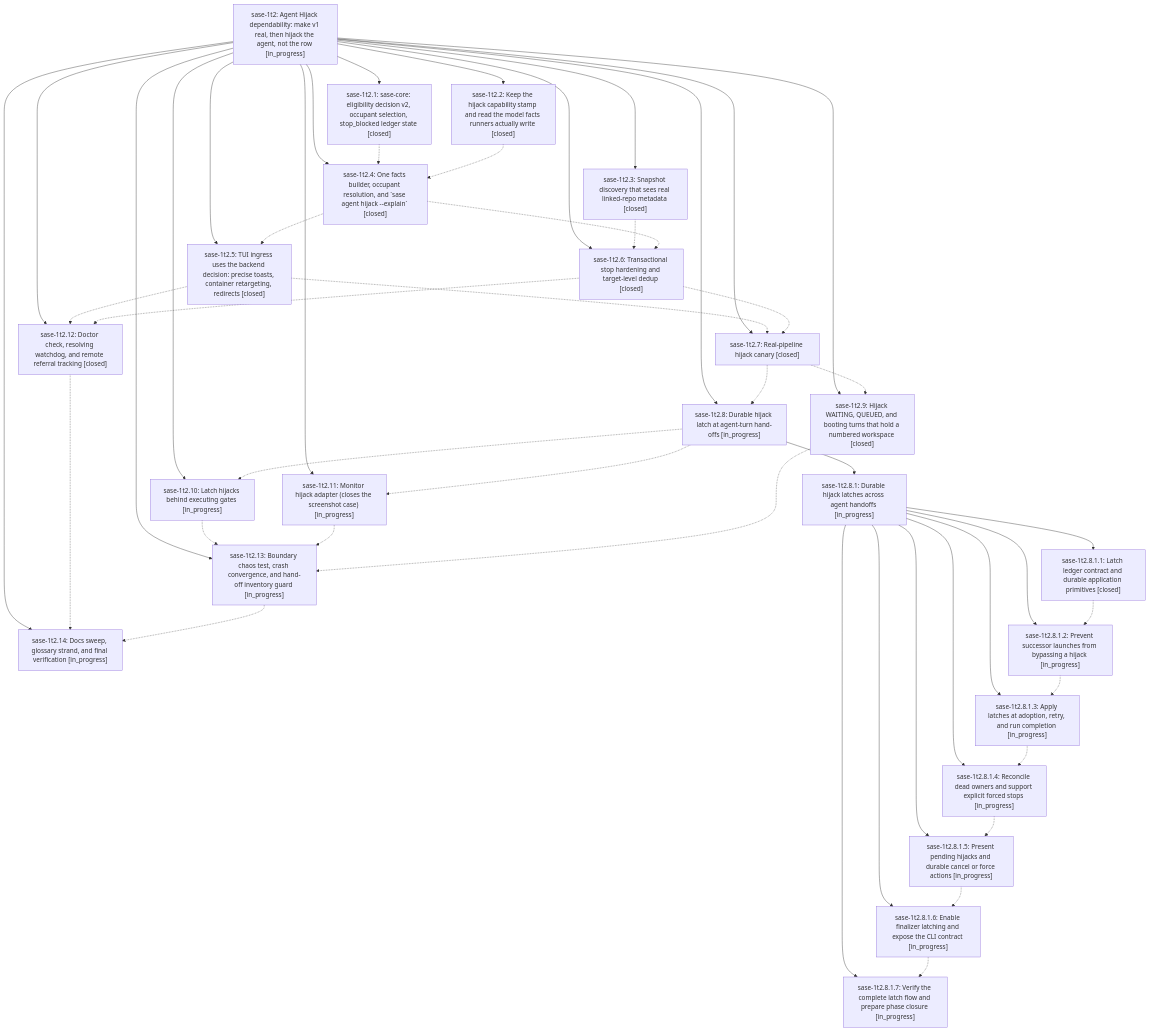
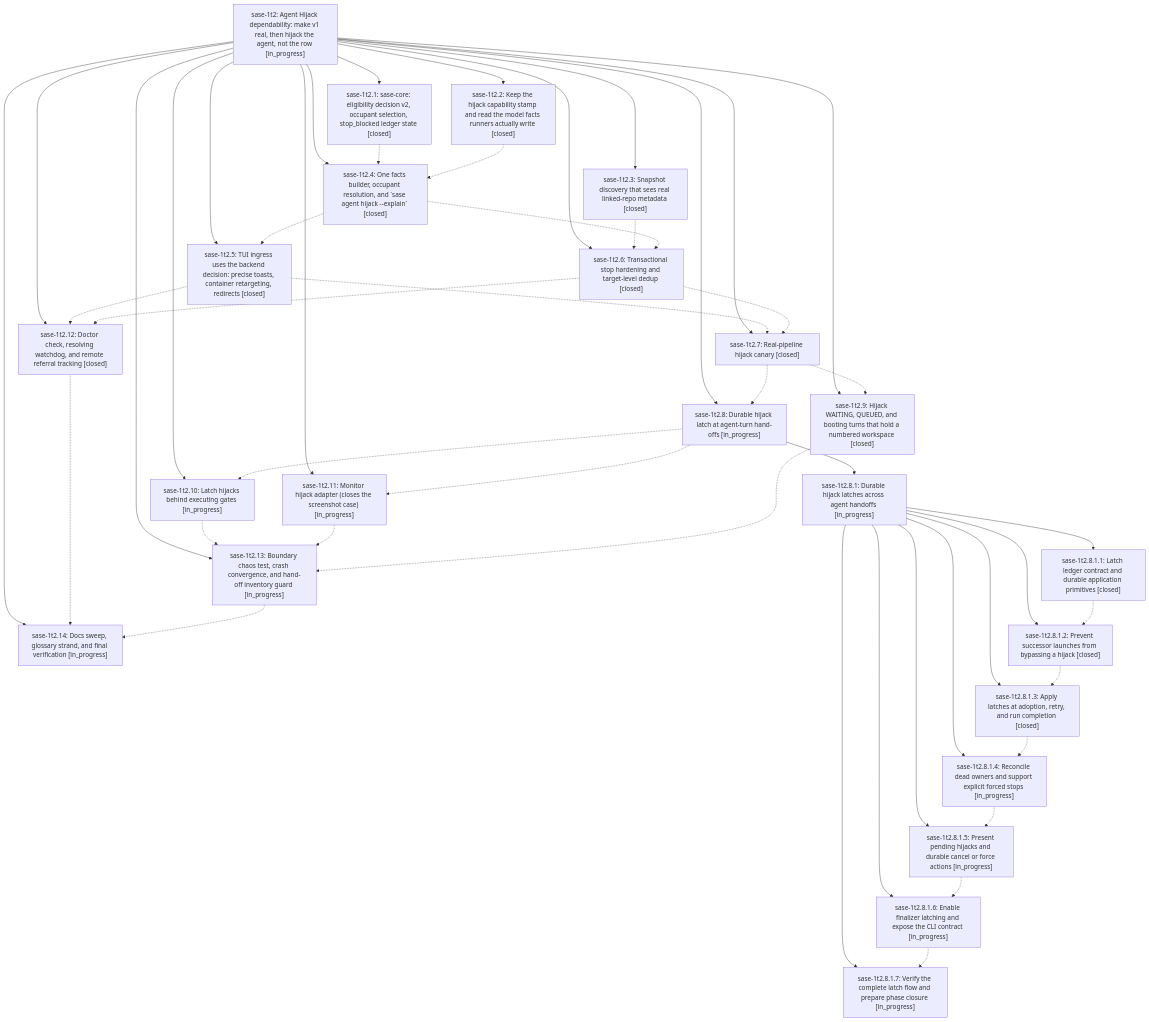
The diagram in pages/sase-1t2/README.md (sase-org/sase--beads), drawn with Mermaid before and after one commit. The commit also changed other lines of this file and 4 other files, not shown here.

````diff
--- a/pages/sase-1t2/README.md
+++ b/pages/sase-1t2/README.md
@@ -49,72 +49,72 @@
 ```mermaid
 flowchart TD
     n0["sase-1t2: Agent Hijack dependability: make v1 real, then hijack the agent, not the row [in_progress]"]
     n1["sase-1t2.1: sase-core: eligibility decision v2, occupant selection, stop_blocked ledger state [closed]"]
     n2["sase-1t2.10: Latch hijacks behind executing gates [in_progress]"]
     n3["sase-1t2.11: Monitor hijack adapter (closes the screenshot case) [in_progress]"]
     n4["sase-1t2.12: Doctor check, resolving watchdog, and remote referral tracking [closed]"]
     n5["sase-1t2.13: Boundary chaos test, crash convergence, and hand-off inventory guard [in_progress]"]
     n6["sase-1t2.14: Docs sweep, glossary strand, and final verification [in_progress]"]
     n7["sase-1t2.2: Keep the hijack capability stamp and read the model facts runners actually write [closed]"]
     n8["sase-1t2.3: Snapshot discovery that sees real linked-repo metadata [closed]"]
     n9["sase-1t2.4: One facts builder, occupant resolution, and `sase agent hijack --explain` [closed]"]
     n10["sase-1t2.5: TUI ingress uses the backend decision: precise toasts, container retargeting, redirects [closed]"]
     n11["sase-1t2.6: Transactional stop hardening and target-level dedup [closed]"]
     n12["sase-1t2.7: Real-pipeline hijack canary [closed]"]
     n13["sase-1t2.8: Durable hijack latch at agent-turn hand-offs [in_progress]"]
     n14["sase-1t2.8.1: Durable hijack latches across agent handoffs [in_progress]"]
     n15["sase-1t2.8.1.1: Latch ledger contract and durable application primitives [closed]"]
-    n16["sase-1t2.8.1.2: Prevent successor launches from bypassing a hijack [in_progress]"]
-    n17["sase-1t2.8.1.3: Apply latches at adoption, retry, and run completion [in_progress]"]
+    n16["sase-1t2.8.1.2: Prevent successor launches from bypassing a hijack [closed]"]
+    n17["sase-1t2.8.1.3: Apply latches at adoption, retry, and run completion [closed]"]
     n18["sase-1t2.8.1.4: Reconcile dead owners and support explicit forced stops [in_progress]"]
     n19["sase-1t2.8.1.5: Present pending hijacks and durable cancel or force actions [in_progress]"]
     n20["sase-1t2.8.1.6: Enable finalizer latching and expose the CLI contract [in_progress]"]
     n21["sase-1t2.8.1.7: Verify the complete latch flow and prepare phase closure [in_progress]"]
     n22["sase-1t2.9: Hijack WAITING, QUEUED, and booting turns that hold a numbered workspace [closed]"]
     n0 --> n1
     n0 --> n2
     n0 --> n3
     n0 --> n4
     n0 --> n5
     n0 --> n6
     n0 --> n7
     n0 --> n8
     n0 --> n9
     n0 --> n10
     n0 --> n11
     n0 --> n12
     n0 --> n13
     n13 --> n14
     n14 --> n15
     n14 --> n16
     n14 --> n17
     n14 --> n18
     n14 --> n19
     n14 --> n20
     n14 --> n21
     n0 --> n22
     n1 -.-> n9
     n2 -.-> n5
     n3 -.-> n5
     n4 -.-> n6
     n5 -.-> n6
     n7 -.-> n9
     n8 -.-> n11
     n9 -.-> n10
     n9 -.-> n11
     n10 -.-> n4
     n10 -.-> n12
     n11 -.-> n4
     n11 -.-> n12
     n12 -.-> n13
     n12 -.-> n22
     n13 -.-> n2
     n13 -.-> n3
     n15 -.-> n16
     n16 -.-> n17
     n17 -.-> n18
     n18 -.-> n19
     n19 -.-> n20
     n20 -.-> n21
     n22 -.-> n5
 ```
````
